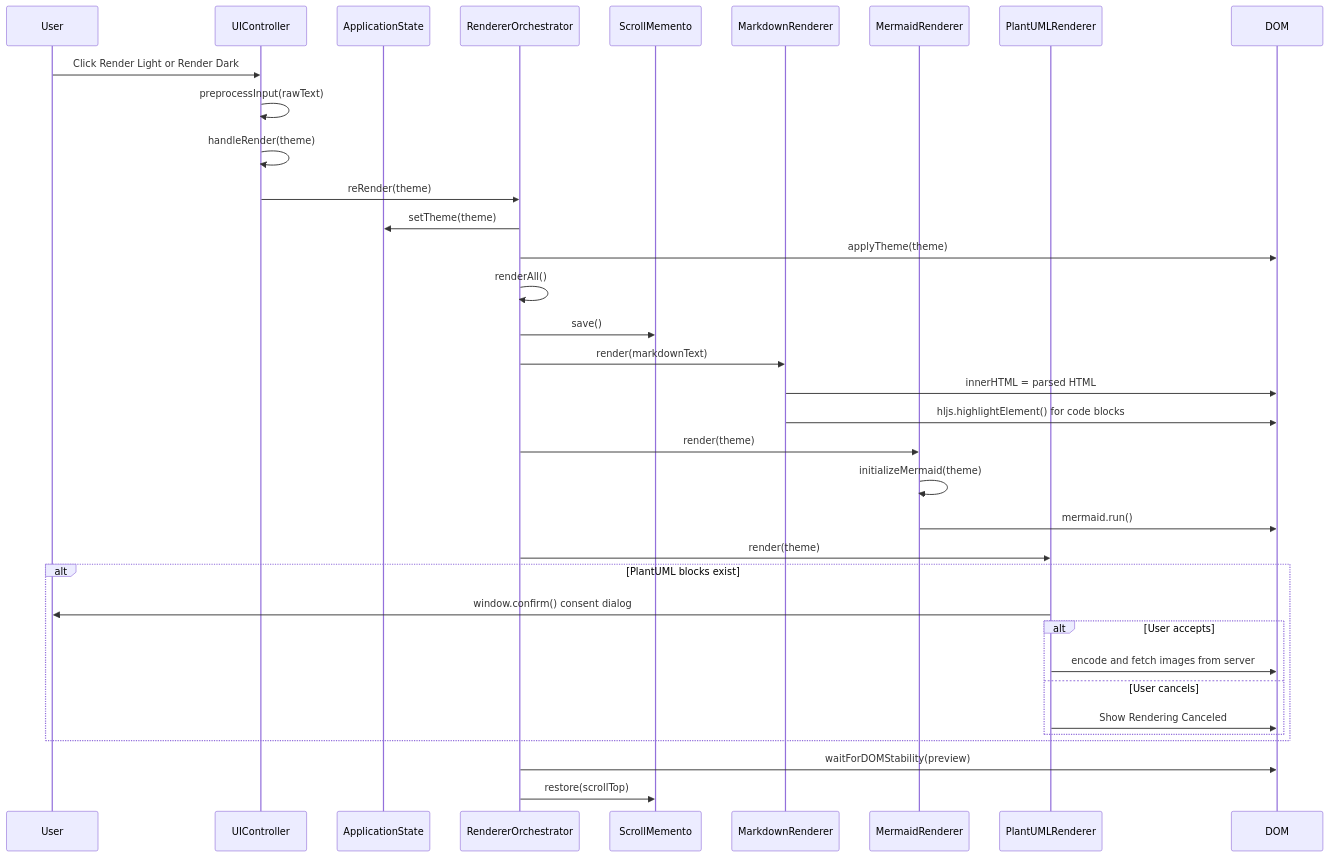
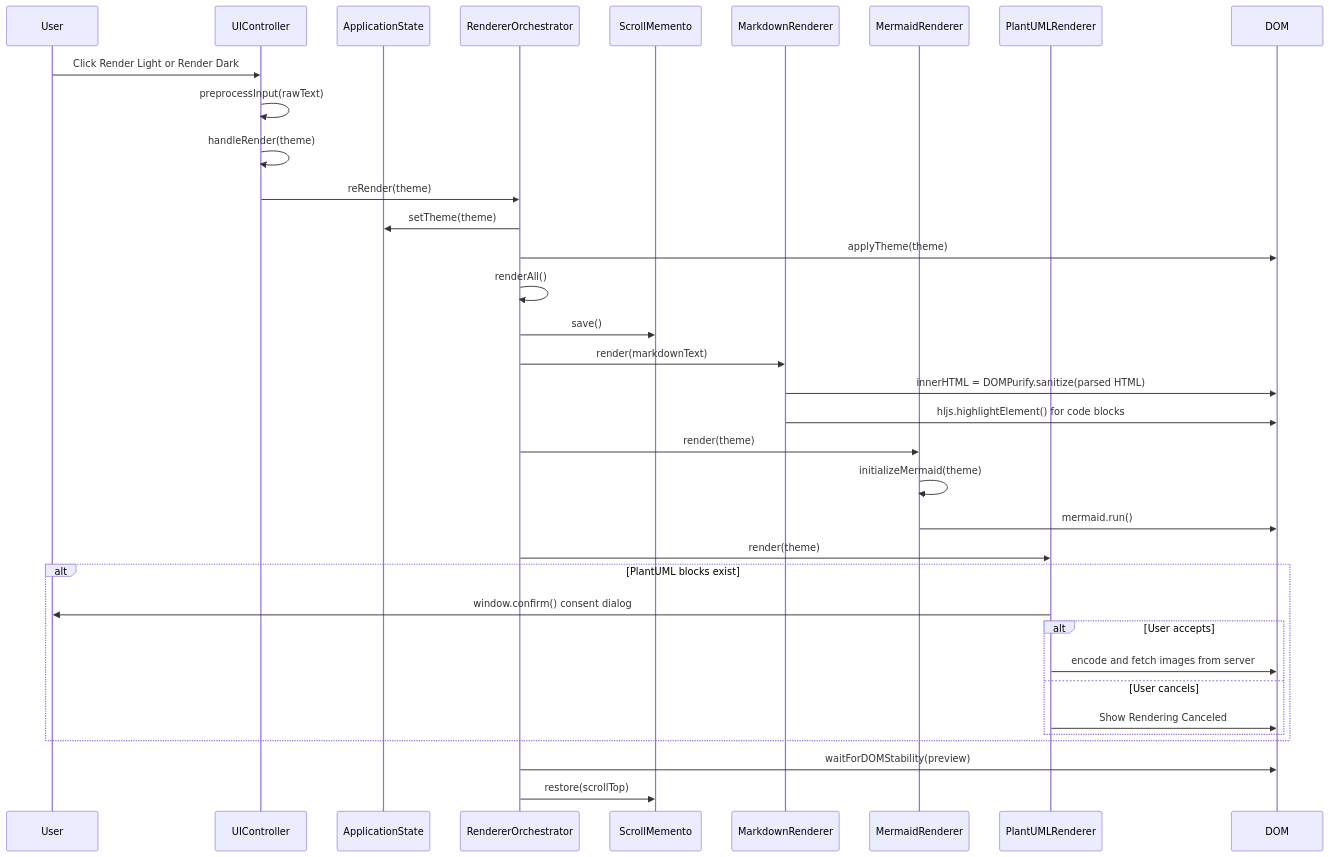
The eighth of 10 diagrams in spec/grsmd_gen2_spec_ja.md (GoodRelax/gr-simple-md-renderer), drawn with Mermaid before and after one commit. The commit also changed other lines of this file and 7 other files, not shown here.

First line of the commit message:
Sanitize Markdown output with DOMPurify

````diff
--- a/spec/grsmd_gen2_spec_ja.md
+++ b/spec/grsmd_gen2_spec_ja.md
@@ -726,38 +732,38 @@
 ```mermaid
 sequenceDiagram
     participant User
     participant UIController
     participant ApplicationState
     participant RendererOrchestrator
     participant ScrollMemento
     participant MarkdownRenderer
     participant MermaidRenderer
     participant PlantUMLRenderer
     participant DOM
 
     User->>UIController : Click Render Light or Render Dark
     UIController->>UIController : preprocessInput(rawText)
     UIController->>UIController : handleRender(theme)
     UIController->>RendererOrchestrator : reRender(theme)
     RendererOrchestrator->>ApplicationState : setTheme(theme)
     RendererOrchestrator->>DOM : applyTheme(theme)
     RendererOrchestrator->>RendererOrchestrator : renderAll()
     RendererOrchestrator->>ScrollMemento : save()
     RendererOrchestrator->>MarkdownRenderer : render(markdownText)
-    MarkdownRenderer->>DOM : innerHTML = parsed HTML
+    MarkdownRenderer->>DOM : innerHTML = DOMPurify.sanitize(parsed HTML)
     MarkdownRenderer->>DOM : hljs.highlightElement() for code blocks
     RendererOrchestrator->>MermaidRenderer : render(theme)
     MermaidRenderer->>MermaidRenderer : initializeMermaid(theme)
     MermaidRenderer->>DOM : mermaid.run()
     RendererOrchestrator->>PlantUMLRenderer : render(theme)
     alt PlantUML blocks exist
         PlantUMLRenderer->>User : window.confirm() consent dialog
         alt User accepts
             PlantUMLRenderer->>DOM : encode and fetch images from server
         else User cancels
             PlantUMLRenderer->>DOM : Show Rendering Canceled
         end
     end
     RendererOrchestrator->>DOM : waitForDOMStability(preview)
     RendererOrchestrator->>ScrollMemento : restore(scrollTop)
 ```
````
